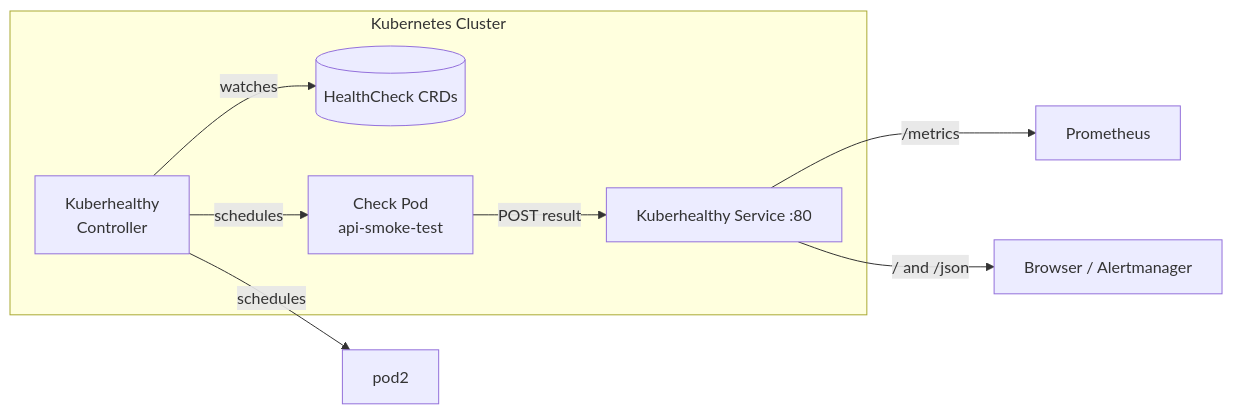
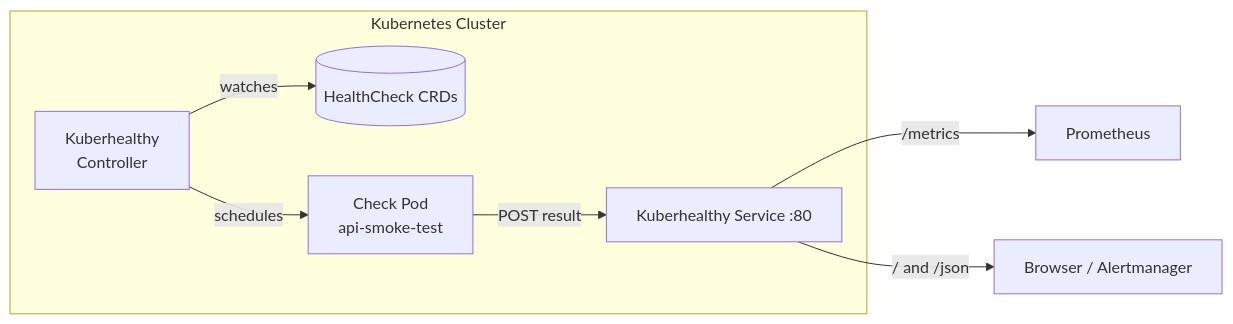
One commit to kuberhealthy/kuberhealthy changed the diagram in README.md. Above: the diagram before and after it, drawn with Mermaid.

Commit message:
simplify diagram

````diff
--- a/README.md
+++ b/README.md
@@ -33,18 +33,17 @@
 ```mermaid
 flowchart LR
     subgraph cluster[Kubernetes Cluster]
         controller[Kuberhealthy\nController]
         crd[(HealthCheck CRDs)]
         pod1[Check Pod\napi-smoke-test]
         svc[Kuberhealthy Service :80]
     end
     prom[Prometheus]
     ui[Browser / Alertmanager]
 
     controller -- watches --> crd
     controller -- schedules --> pod1
-    controller -- schedules --> pod2
     pod1 -- POST result --> svc
     svc -- /metrics --> prom
     svc -- / and /json --> ui
 ```
````
